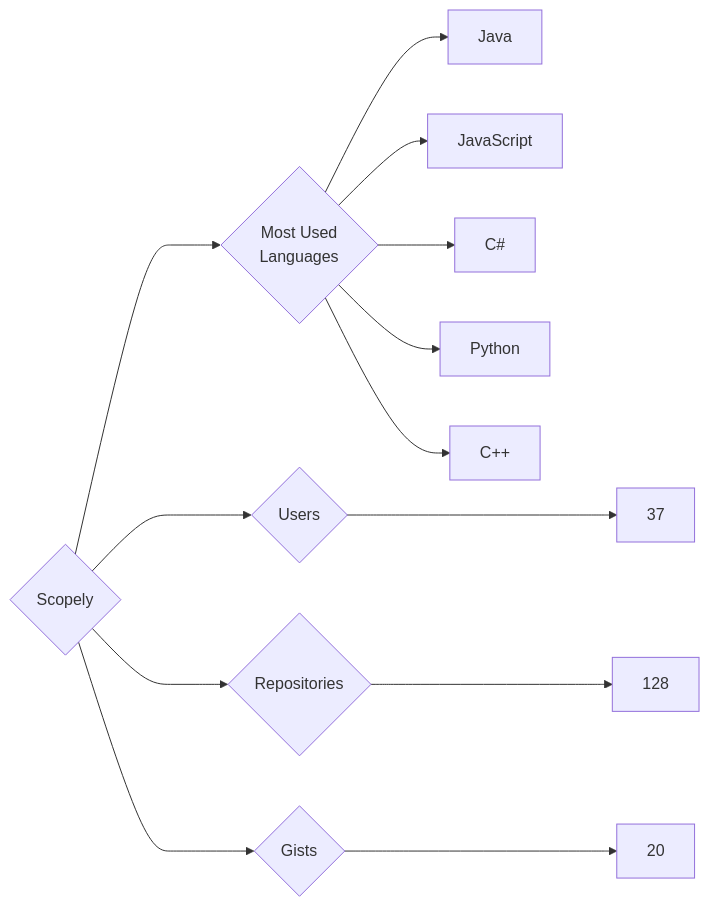
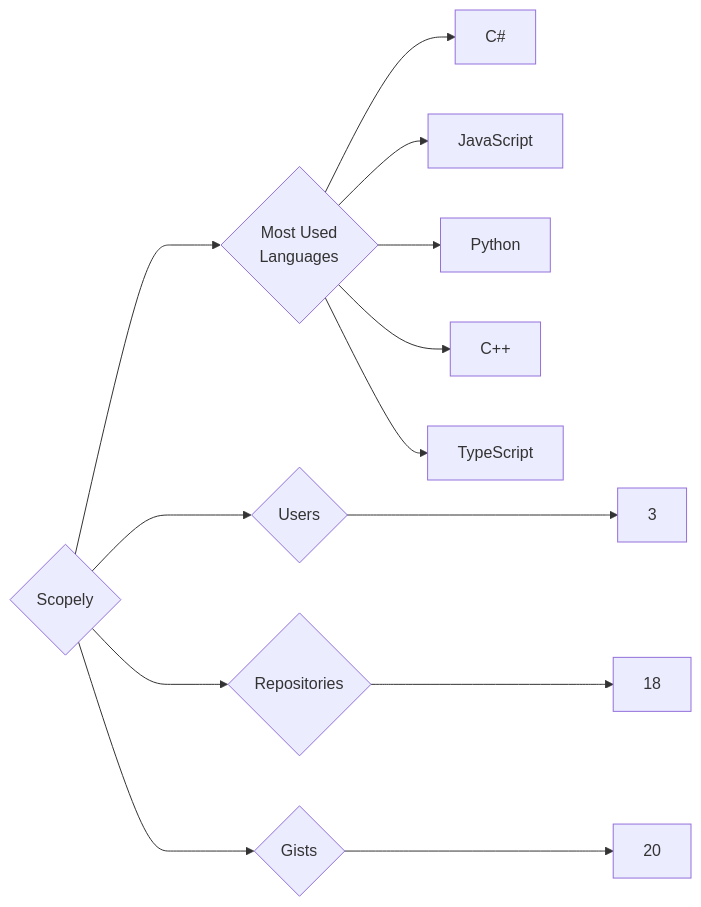
The diagram in targets/Scopely/README.md (trickest/insiders), drawn with Mermaid before and after one commit. The commit also changed 725 other files, not shown here.

````diff
--- a/targets/Scopely/README.md
+++ b/targets/Scopely/README.md
@@ -3,13 +3,13 @@
 ```mermaid
 graph LR
 COMPANY_NAME{Scopely}
-COMPANY_NAME ---> U{Users} ---> UN[37]
-COMPANY_NAME ---> R{Repositories} ---> RN[128]
+COMPANY_NAME ---> U{Users} ---> UN[3]
+COMPANY_NAME ---> R{Repositories} ---> RN[18]
 COMPANY_NAME ---> G{Gists} ---> GN[20]
 COMPANY_NAME ---> ML{Most Used<br>Languages}
-ML --> Java[Java]
+ML --> C#[C#]
 ML --> JavaScript[JavaScript]
-ML --> C#[C#]
 ML --> Python[Python]
 ML --> C++[C++]
+ML --> TypeScript[TypeScript]
 ```
````
